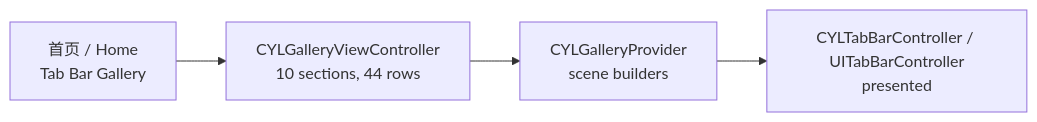
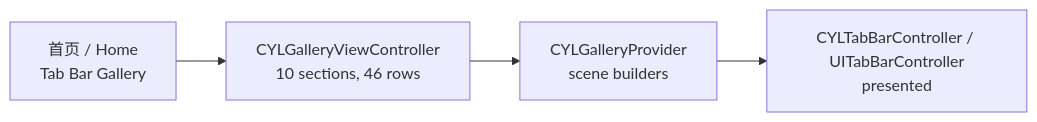
Before and after one commit to ChenYilong/CYLTabBarController: the diagram in docs/Tab-Bar-Gallery.md, drawn with Mermaid. The commit also changed other lines of this file and 16 other files, not shown here.

````diff
--- a/docs/Tab-Bar-Gallery.md
+++ b/docs/Tab-Bar-Gallery.md
@@ -20,6 +20,6 @@
 ```mermaid
 flowchart LR
-    H["首页 / Home<br/>Tab Bar Gallery"] --> G["CYLGalleryViewController<br/>10 sections, 44 rows"]
+    H["首页 / Home<br/>Tab Bar Gallery"] --> G["CYLGalleryViewController<br/>10 sections, 46 rows"]
     G --> P["CYLGalleryProvider<br/>scene builders"]
     P --> T["CYLTabBarController / UITabBarController<br/>presented"]
 ```
````
